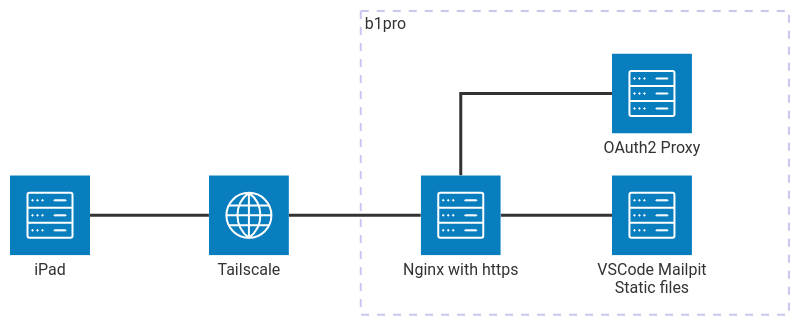
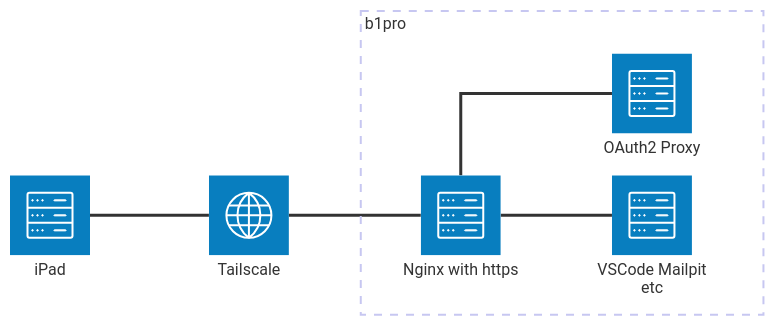
The diagram in README.md (yktakaha4/b1pro), drawn with Mermaid before and after one commit.

````diff
--- a/README.md
+++ b/README.md
@@ -5,15 +5,15 @@
 ```mermaid
 architecture-beta
     group b1pro[b1pro]
 
     service client(server)[iPad]
     service internet(internet)[Tailscale]
     service nginx(server)[Nginx with https] in b1pro
     service oauth2(server)[OAuth2 Proxy] in b1pro
-    service services(server)[VSCode Mailpit Static files ] in b1pro
+    service services(server)[VSCode Mailpit etc] in b1pro
 
     client:R -- L:internet
     internet:R -- L:nginx
     nginx:T -- L:oauth2
     nginx:R -- L:services
 ```
````
